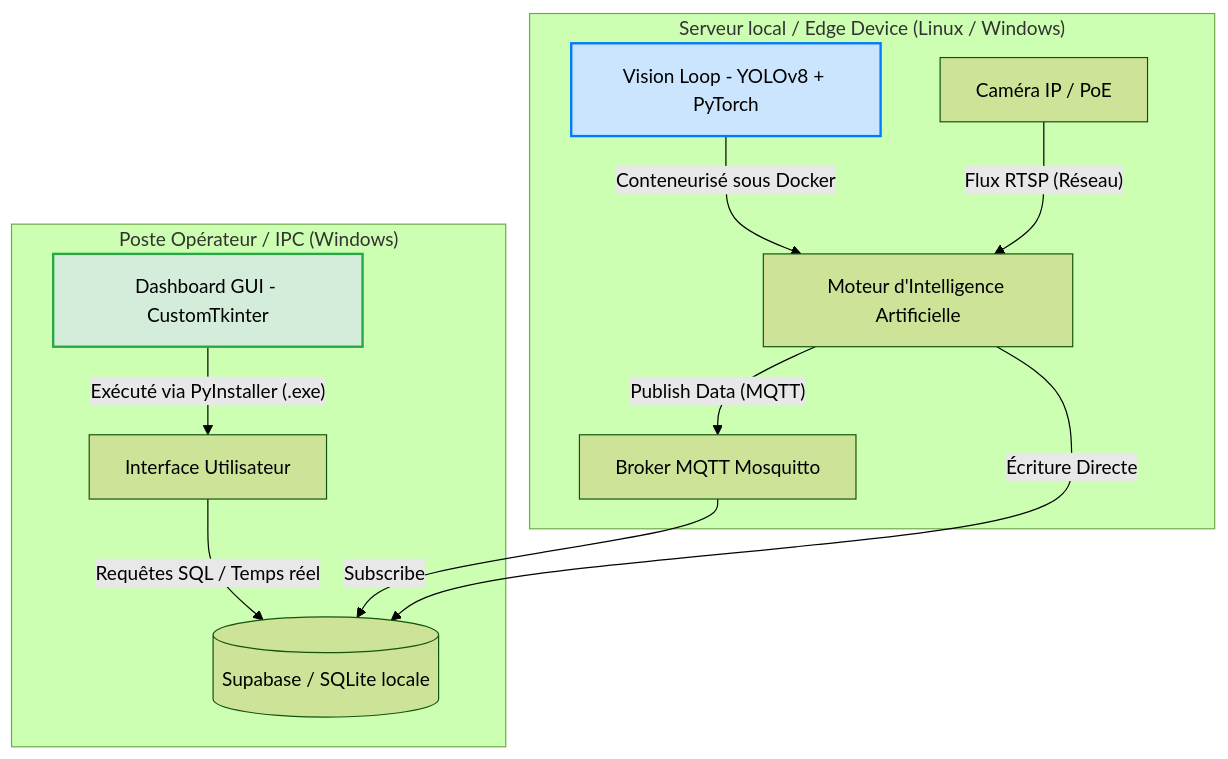
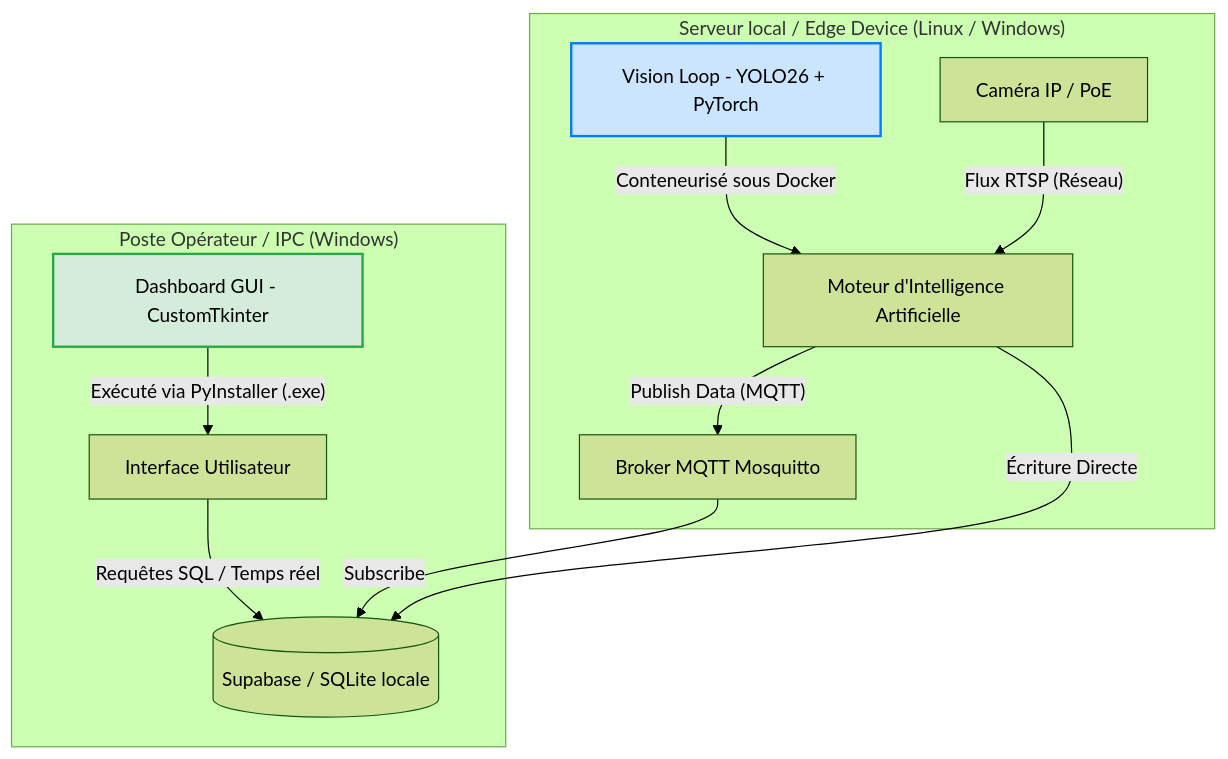
Before and after one commit to Ins1ant4/lean-muda-vision: the diagram in deployment_comparison.md, drawn with Mermaid (forest theme). The commit also changed other lines of this file and 1 other file, not shown here.

Commit message:
docs: update model version to YOLO26 in README and deployment comparison

````diff
--- a/deployment_comparison.md
+++ b/deployment_comparison.md
@@ -72,18 +72,18 @@
 ```mermaid
 graph TD
     subgraph "Poste Opérateur / IPC (Windows)"
         A[Dashboard GUI - CustomTkinter] -- "Exécuté via PyInstaller (.exe)" --> B[Interface Utilisateur]
         B -- "Requêtes SQL / Temps réel" --> C[(Supabase / SQLite locale)]
     end
     
     subgraph "Serveur local / Edge Device (Linux / Windows)"
-        D[Vision Loop - YOLOv8 + PyTorch] -- "Conteneurisé sous Docker" --> E[Moteur d'Intelligence Artificielle]
+        D[Vision Loop - YOLO26 + PyTorch] -- "Conteneurisé sous Docker" --> E[Moteur d'Intelligence Artificielle]
         F[Caméra IP / PoE] -- "Flux RTSP (Réseau)" --> E
         E -- "Publish Data (MQTT)" --> G[Broker MQTT Mosquitto]
         G -- "Subscribe" --> C
         E -- "Écriture Directe" --> C
     end
     
     style A fill:#d4edda,stroke:#28a745,stroke-width:2px
     style D fill:#cce5ff,stroke:#007bff,stroke-width:2px
 ```
````
